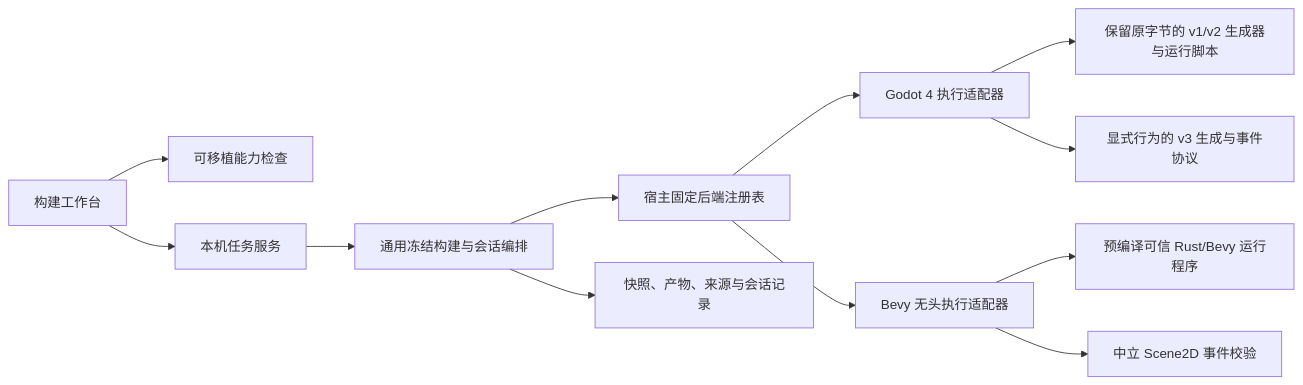
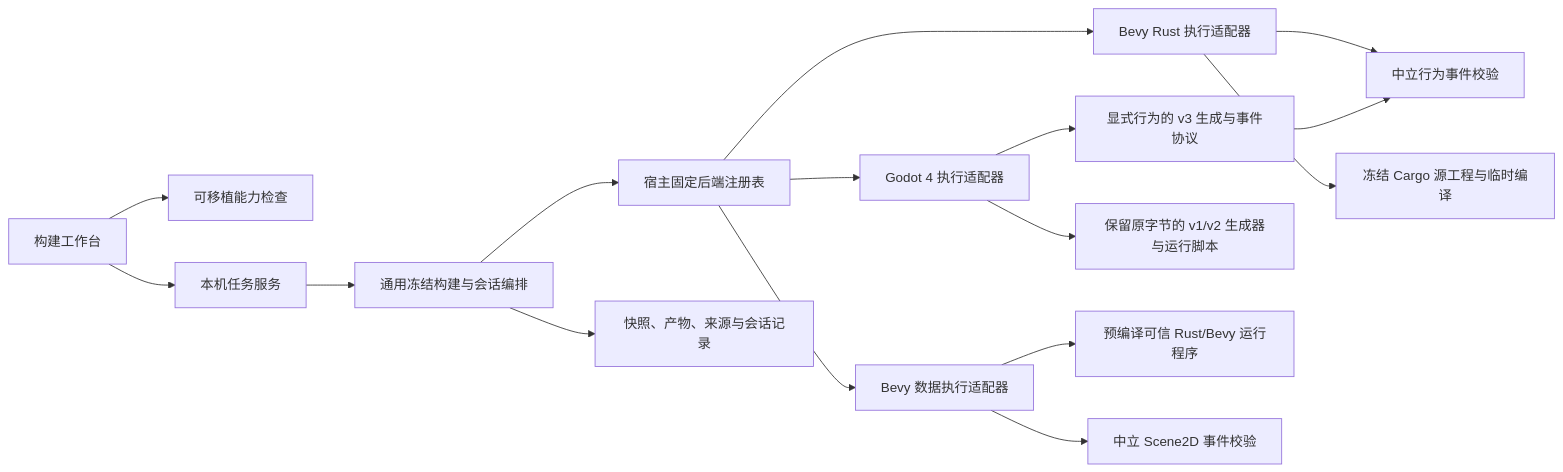
Before and after one commit to Team-silvortex/viento-studio: the diagram in docs/BACKEND_MIDDLEWARE.md, drawn with Mermaid. The commit also changed other lines of this file and 391 other files, not shown here.

````diff
--- a/docs/BACKEND_MIDDLEWARE.md
+++ b/docs/BACKEND_MIDDLEWARE.md
@@ -17,14 +23,18 @@
 ```mermaid
 flowchart LR
   UI[构建工作台] --> Admission[可移植能力检查]
   UI --> Service[本机任务服务]
   Service --> Executor[通用冻结构建与会话编排]
   Executor --> Registry[宿主固定后端注册表]
   Registry --> Godot[Godot 4 执行适配器]
-  Registry --> Bevy[Bevy 无头执行适配器]
+  Registry --> Bevy[Bevy 数据执行适配器]
+  Registry --> Rust[Bevy Rust 执行适配器]
+  Rust --> Cargo[冻结 Cargo 源工程与临时编译]
+  Rust --> BehaviorEvents[中立行为事件校验]
+  Behaviors --> BehaviorEvents
   Godot --> Dispatch[保留原字节的 v1/v2 生成器与运行脚本]
   Godot --> Behaviors[显式行为的 v3 生成与事件协议]
   Bevy --> Host[预编译可信 Rust/Bevy 运行程序]
   Bevy --> Events[中立 Scene2D 事件校验]
   Executor --> Records[快照、产物、来源与会话记录]
 ```
````
